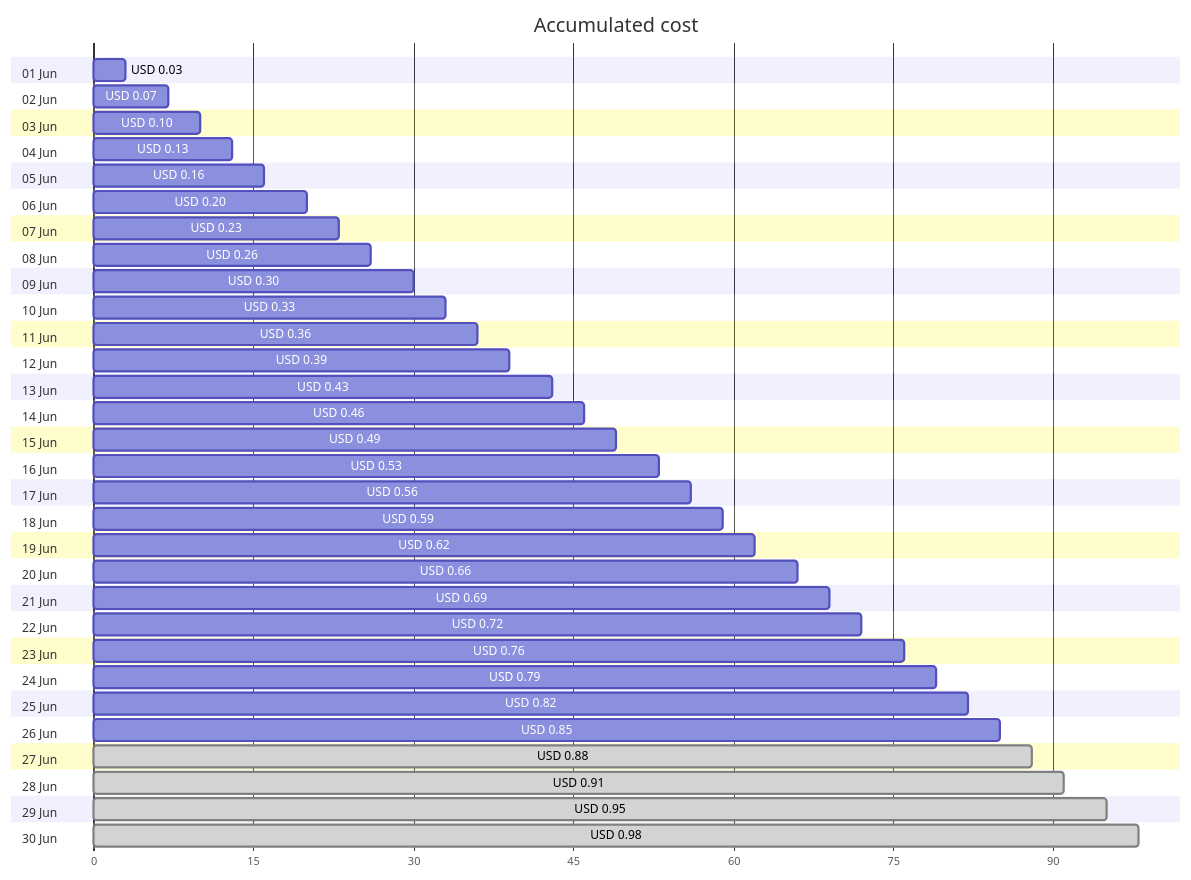
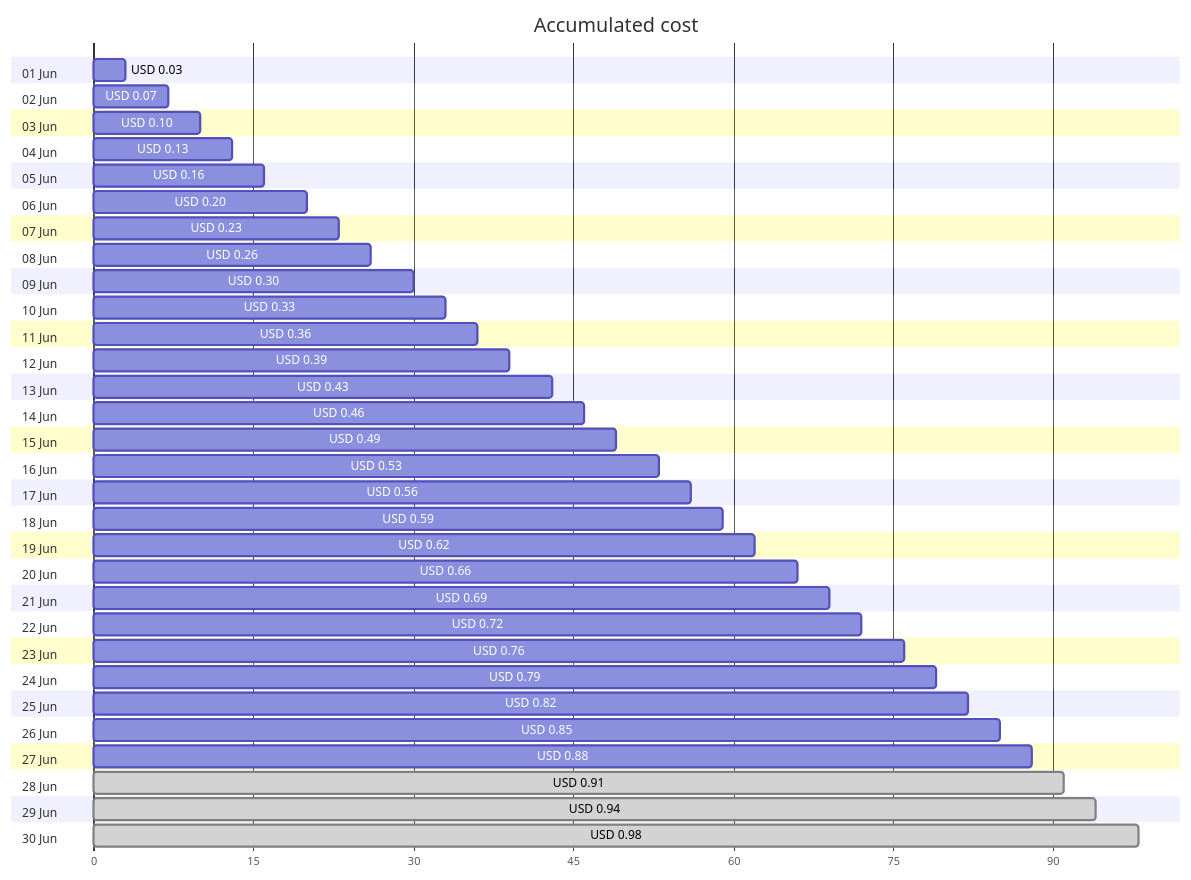
The first of 4 diagrams in cost-reports/personal-dns/README.md (jpfulton/azure-personal-reports), drawn with Mermaid before and after one commit. The commit also changed other lines of this file and 2 other files, not shown here.

````diff
--- a/cost-reports/personal-dns/README.md
+++ b/cost-reports/personal-dns/README.md
@@ -20,66 +20,66 @@
 ```mermaid
 gantt
    title Accumulated cost
    dateFormat  X
    axisFormat %s
    section 01 Jun
    USD 0.03 :0, 3
    section 02 Jun
    USD 0.07 :0, 7
    section 03 Jun
    USD 0.10 :0, 10
    section 04 Jun
    USD 0.13 :0, 13
    section 05 Jun
    USD 0.16 :0, 16
    section 06 Jun
    USD 0.20 :0, 20
    section 07 Jun
    USD 0.23 :0, 23
    section 08 Jun
    USD 0.26 :0, 26
    section 09 Jun
    USD 0.30 :0, 30
    section 10 Jun
    USD 0.33 :0, 33
    section 11 Jun
    USD 0.36 :0, 36
    section 12 Jun
    USD 0.39 :0, 39
    section 13 Jun
    USD 0.43 :0, 43
    section 14 Jun
    USD 0.46 :0, 46
    section 15 Jun
    USD 0.49 :0, 49
    section 16 Jun
    USD 0.53 :0, 53
    section 17 Jun
    USD 0.56 :0, 56
    section 18 Jun
    USD 0.59 :0, 59
    section 19 Jun
    USD 0.62 :0, 62
    section 20 Jun
    USD 0.66 :0, 66
    section 21 Jun
    USD 0.69 :0, 69
    section 22 Jun
    USD 0.72 :0, 72
    section 23 Jun
    USD 0.76 :0, 76
    section 24 Jun
    USD 0.79 :0, 79
    section 25 Jun
    USD 0.82 :0, 82
    section 26 Jun
    USD 0.85 :0, 85
    section 27 Jun
-   USD 0.88 : done, 0, 88
+   USD 0.88 :0, 88
    section 28 Jun
    USD 0.91 : done, 0, 91
    section 29 Jun
-   USD 0.95 : done, 0, 95
+   USD 0.94 : done, 0, 94
    section 30 Jun
    USD 0.98 : done, 0, 98
 ```
````
